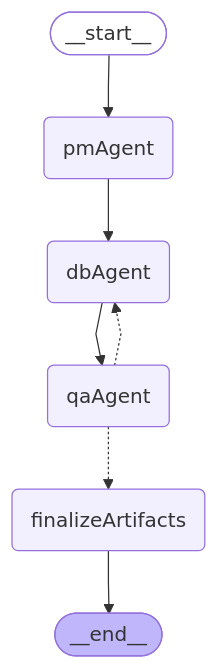
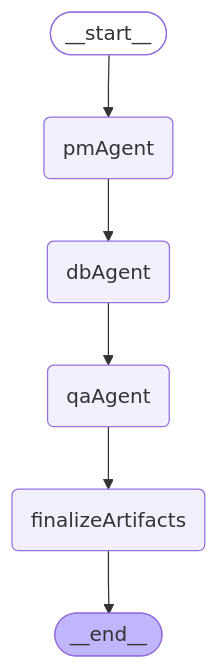
The first of 4 diagrams in frontend/internal-packages/agent/src/chat/workflow/README.md (yzkee/liam), drawn with Mermaid before and after one commit. The commit also changed other lines of this file and 1 other file, not shown here.

Commit message:
test: update tests and docs for linear workflow without conditional edges
- Update expected Mermaid diagram in createGraph.test.ts
- Update workflow diagram in README.md to reflect removed conditional edges
- Update qaAgent documentation to note temporarily disabled conditional routing

🤖 Generated with [Claude Code](https://claude.ai/code)

````diff
--- a/frontend/internal-packages/agent/src/chat/workflow/README.md
+++ b/frontend/internal-packages/agent/src/chat/workflow/README.md
@@ -7,19 +7,18 @@
 ```mermaid
 %%{init: {'flowchart': {'curve': 'linear'}}}%%
 graph TD;
 	__start__([<p>__start__</p>]):::first
 	pmAgent(pmAgent)
 	dbAgent(dbAgent)
 	qaAgent(qaAgent)
 	finalizeArtifacts(finalizeArtifacts)
 	__end__([<p>__end__</p>]):::last
 	__start__ --> pmAgent;
 	dbAgent --> qaAgent;
 	finalizeArtifacts --> __end__;
 	pmAgent --> dbAgent;
-	qaAgent -.-> dbAgent;
-	qaAgent -.-> finalizeArtifacts;
+	qaAgent --> finalizeArtifacts;
 	classDef default fill:#f2f0ff,line-height:1.2;
 	classDef first fill-opacity:0;
 	classDef last fill:#bfb6fc;
 ```
````
